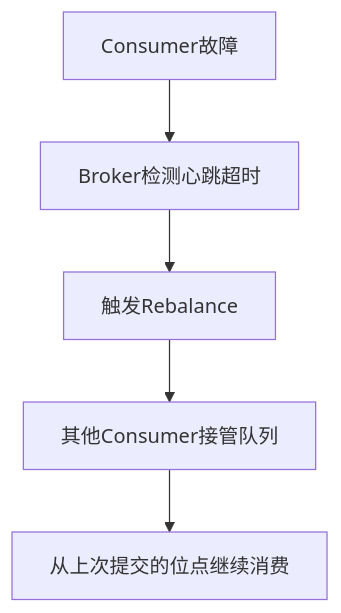
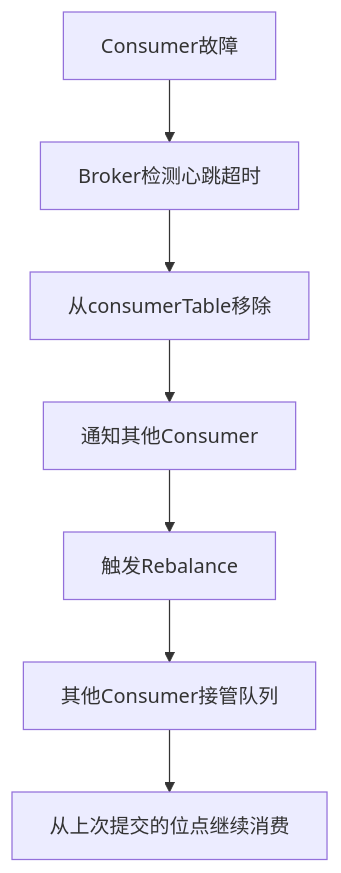
One commit to wilimm/rocketmq changed the fourth of 5 diagrams in docs/RocketMQ技术架构/08-高可用与运维篇.md. Above: the diagram before and after it, drawn with Mermaid. The commit also changed other lines of this file and 13 other files, not shown here.

````diff
--- a/docs/RocketMQ技术架构/08-高可用与运维篇.md
+++ b/docs/RocketMQ技术架构/08-高可用与运维篇.md
@@ -68,7 +192,9 @@
 ```mermaid
 flowchart TD
     A[Consumer故障] --> B[Broker检测心跳超时]
-    B --> C[触发Rebalance]
-    C --> D[其他Consumer接管队列]
-    D --> E[从上次提交的位点继续消费]
+    B --> C[从consumerTable移除]
+    C --> D[通知其他Consumer]
+    D --> E[触发Rebalance]
+    E --> F[其他Consumer接管队列]
+    F --> G[从上次提交的位点继续消费]
 ```
````
